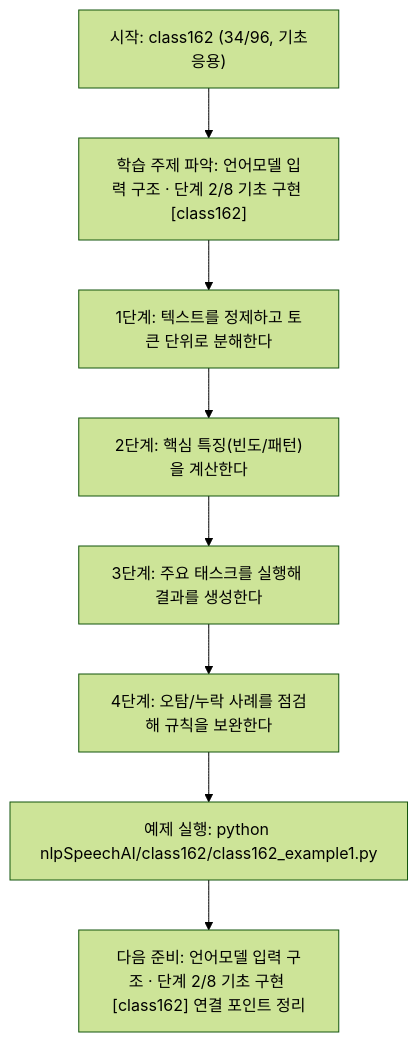
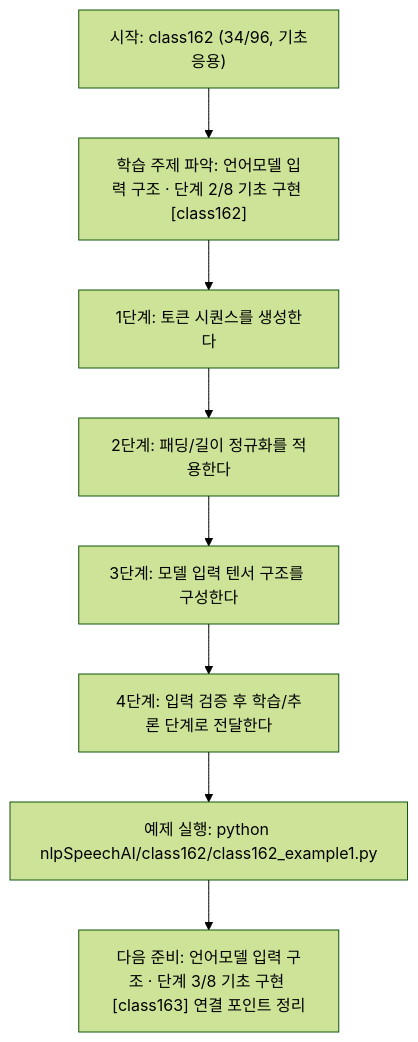
Before and after one commit to edumgt/Python-AI_Agent-Class: the diagram in nlpSpeechAI/class162/class162.md, drawn with Mermaid (forest theme). The commit also changed other lines of this file and 1122 other files, not shown here.

````diff
--- a/nlpSpeechAI/class162/class162.md
+++ b/nlpSpeechAI/class162/class162.md
@@ -114,18 +95,18 @@
 ```mermaid
 flowchart TD
 N1["시작: class162 (34/96, 기초응용)"]
 N2["학습 주제 파악: 언어모델 입력 구조 · 단계 2/8 기초 구현 [class162]"]
-N3["1단계: 텍스트를 정제하고 토큰 단위로 분해한다"]
-N4["2단계: 핵심 특징(빈도/패턴)을 계산한다"]
-N5["3단계: 주요 태스크를 실행해 결과를 생성한다"]
-N6["4단계: 오탐/누락 사례를 점검해 규칙을 보완한다"]
+N3["1단계: 토큰 시퀀스를 생성한다"]
+N4["2단계: 패딩/길이 정규화를 적용한다"]
+N5["3단계: 모델 입력 텐서 구조를 구성한다"]
+N6["4단계: 입력 검증 후 학습/추론 단계로 전달한다"]
 N7["예제 실행: python nlpSpeechAI/class162/class162_example1.py"]
-N8["다음 준비: 언어모델 입력 구조 · 단계 2/8 기초 구현 [class162] 연결 포인트 정리"]
+N8["다음 준비: 언어모델 입력 구조 · 단계 3/8 기초 구현 [class163] 연결 포인트 정리"]
 N1 --> N2
 N2 --> N3
 N3 --> N4
 N4 --> N5
 N5 --> N6
 N6 --> N7
 N7 --> N8
 ```
````
